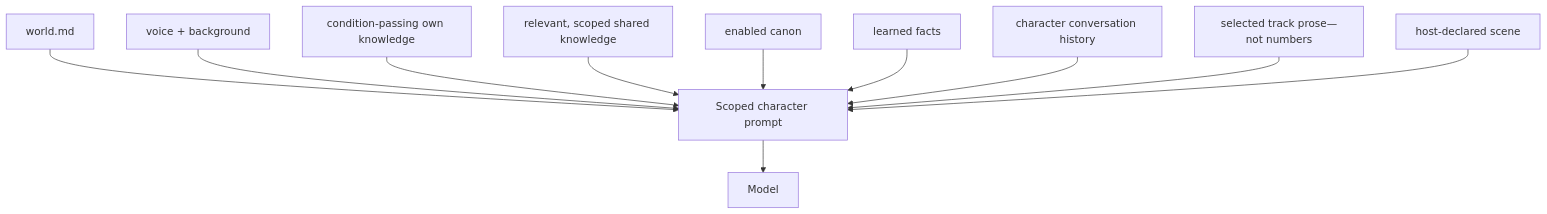
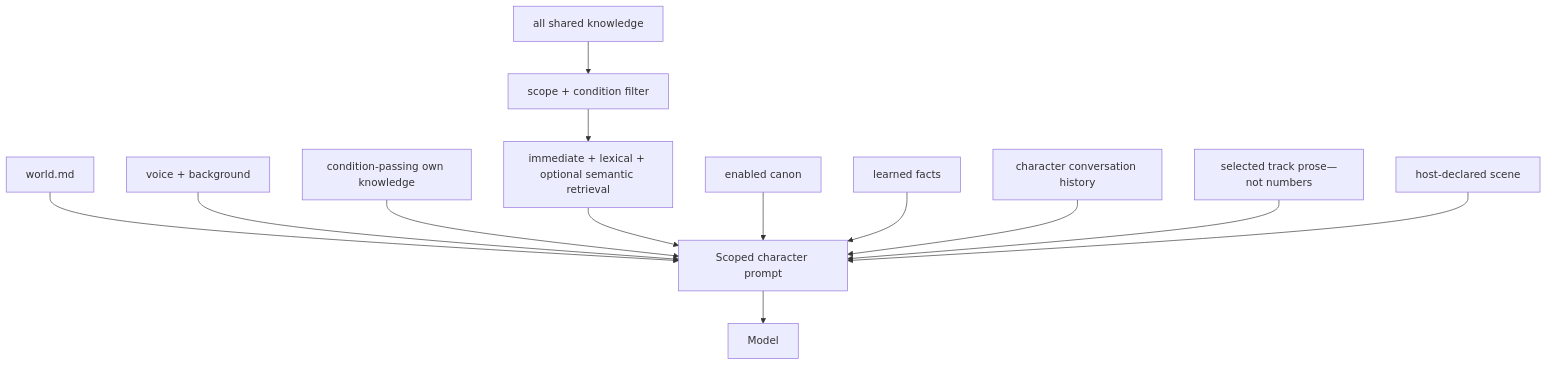
The third of 4 diagrams in docs/internals/data-flow.md (Desagidit/darps), drawn with Mermaid before and after one commit. The commit also changed other lines of this file and 34 other files, not shown here.

Commit message:
Redesign shared knowledge retrieval

````diff
--- a/docs/internals/data-flow.md
+++ b/docs/internals/data-flow.md
@@ -52,13 +55,15 @@
 ```mermaid
 flowchart TD
     World["world.md"] --> Briefing
     Character["voice + background"] --> Briefing
     Own["condition-passing own knowledge"] --> Briefing
-    Relevant["relevant, scoped shared knowledge"] --> Briefing
+    AllShared["all shared knowledge"] --> Safe["scope + condition filter"]
+    Safe --> Relevant["immediate + lexical + optional semantic retrieval"]
+    Relevant --> Briefing
     Canon["enabled canon"] --> Briefing
     Journal["learned facts"] --> Briefing
     History["character conversation history"] --> Briefing
     Track["selected track prose—not numbers"] --> Briefing
     Scene["host-declared scene"] --> Briefing
     Briefing["Scoped character prompt"] --> Model
 ```
````
